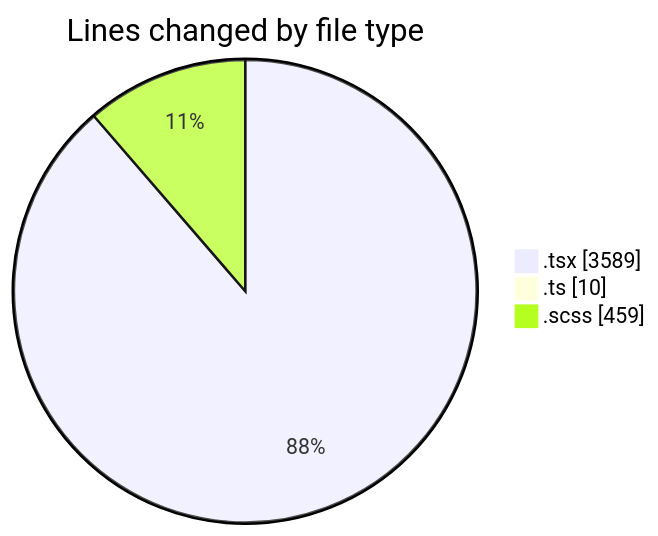
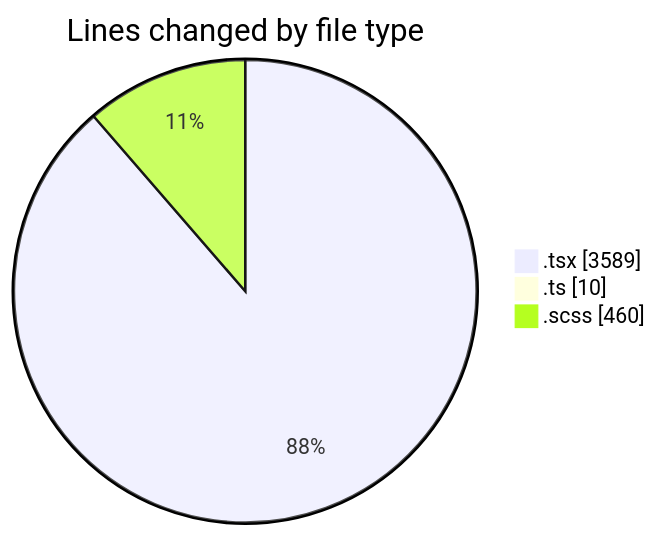
Before and after one commit to momahboobian/code-tracking: the first of 2 diagrams in 2025-11-17/cda/README.md, drawn with Mermaid. The commit also changed other lines of this file and 1 other file, not shown here.

````diff
--- a/2025-11-17/cda/README.md
+++ b/2025-11-17/cda/README.md
@@ -28,7 +28,7 @@
 ```mermaid
 pie showData
 title Lines changed by file type
 ".tsx" : 3589
 ".ts" : 10
-".scss" : 459
+".scss" : 460
 ```
````
